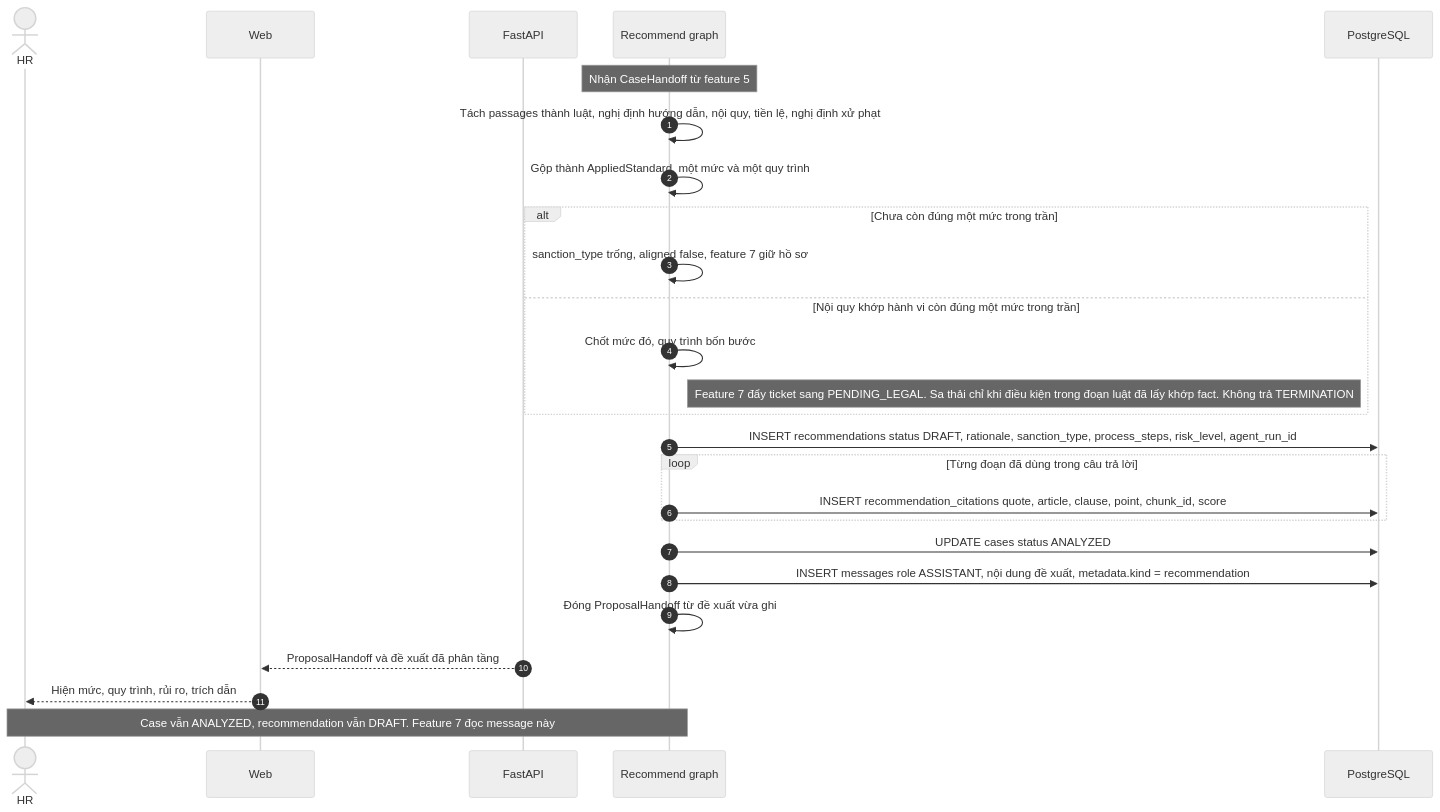
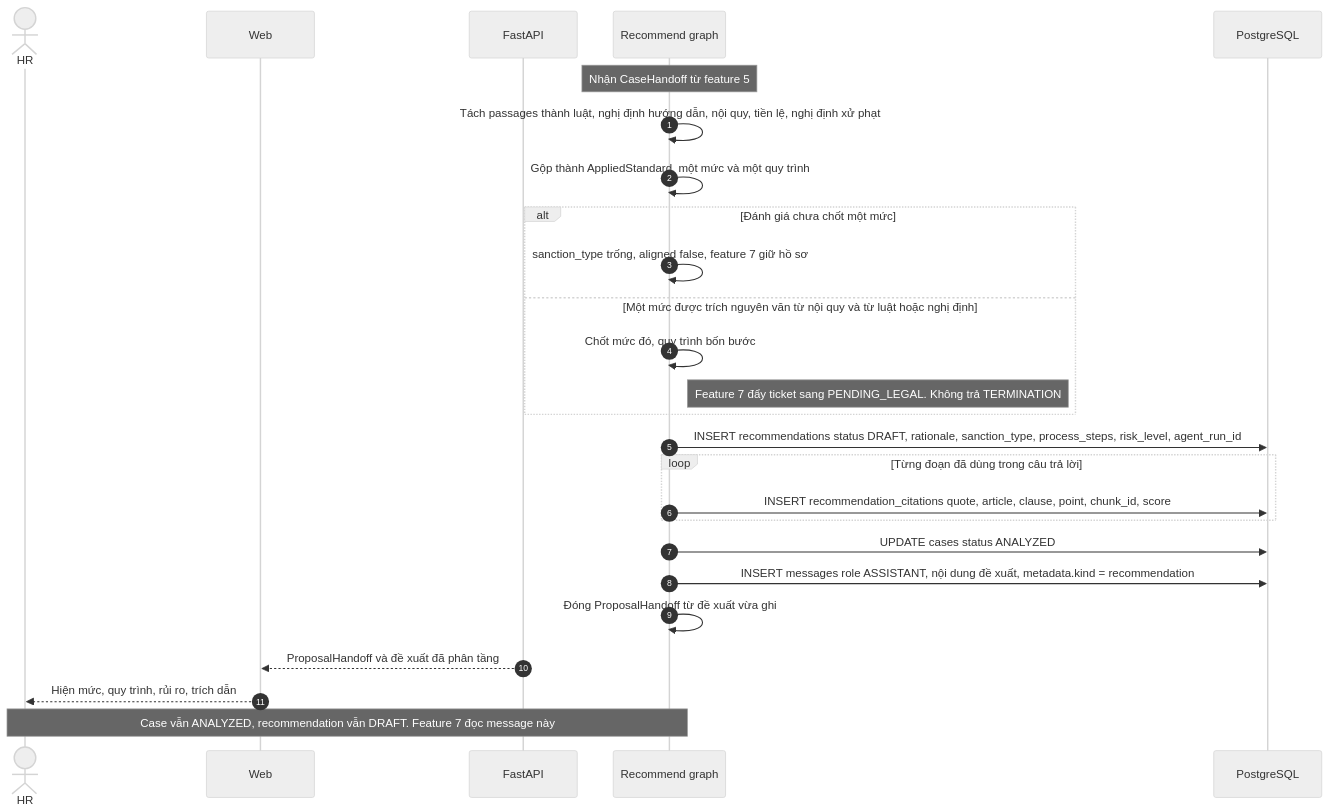
The eighth of 15 diagrams in docs/features/features.md (Tuan-Nguyen-Minhh/HRHelp), drawn with Mermaid (neutral theme) before and after one commit. The commit also changed other lines of this file and 13 other files, not shown here.

````diff
--- a/docs/features/features.md
+++ b/docs/features/features.md
@@ -465,29 +465,29 @@
 ```mermaid
 sequenceDiagram
     autonumber
     actor HR as HR
     participant UI as Web
     participant API as FastAPI
     participant AG as Recommend graph
     participant DB as PostgreSQL
 
     Note over AG: Nhận CaseHandoff từ feature 5
     AG->>AG: Tách passages thành luật, nghị định hướng dẫn, nội quy, tiền lệ, nghị định xử phạt
     AG->>AG: Gộp thành AppliedStandard, một mức và một quy trình
-    alt Chưa còn đúng một mức trong trần
+    alt Đánh giá chưa chốt một mức
         AG->>AG: sanction_type trống, aligned false, feature 7 giữ hồ sơ
-    else Nội quy khớp hành vi còn đúng một mức trong trần
+    else Một mức được trích nguyên văn từ nội quy và từ luật hoặc nghị định
         AG->>AG: Chốt mức đó, quy trình bốn bước
-        Note right of AG: Feature 7 đẩy ticket sang PENDING_LEGAL. Sa thải chỉ khi điều kiện trong đoạn luật đã lấy khớp fact. Không trả TERMINATION
+        Note right of AG: Feature 7 đẩy ticket sang PENDING_LEGAL. Không trả TERMINATION
     end
     AG->>DB: INSERT recommendations status DRAFT, rationale, sanction_type, process_steps, risk_level, agent_run_id
     loop Từng đoạn đã dùng trong câu trả lời
         AG->>DB: INSERT recommendation_citations quote, article, clause, point, chunk_id, score
     end
     AG->>DB: UPDATE cases status ANALYZED
     AG->>DB: INSERT messages role ASSISTANT, nội dung đề xuất, metadata.kind = recommendation
     AG->>AG: Đóng ProposalHandoff từ đề xuất vừa ghi
     API-->>UI: ProposalHandoff và đề xuất đã phân tầng
     UI-->>HR: Hiện mức, quy trình, rủi ro, trích dẫn
     Note over AG,HR: Case vẫn ANALYZED, recommendation vẫn DRAFT. Feature 7 đọc message này
 ```
````
